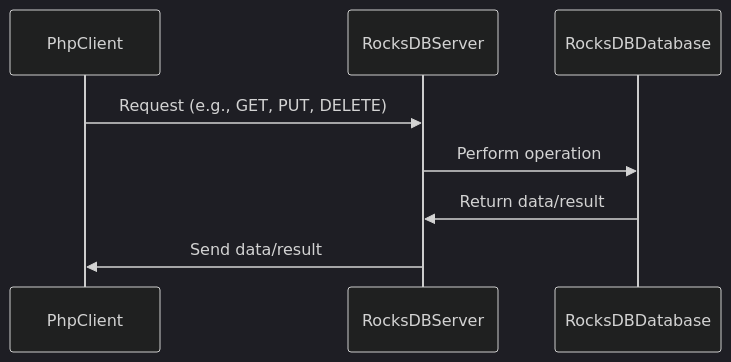
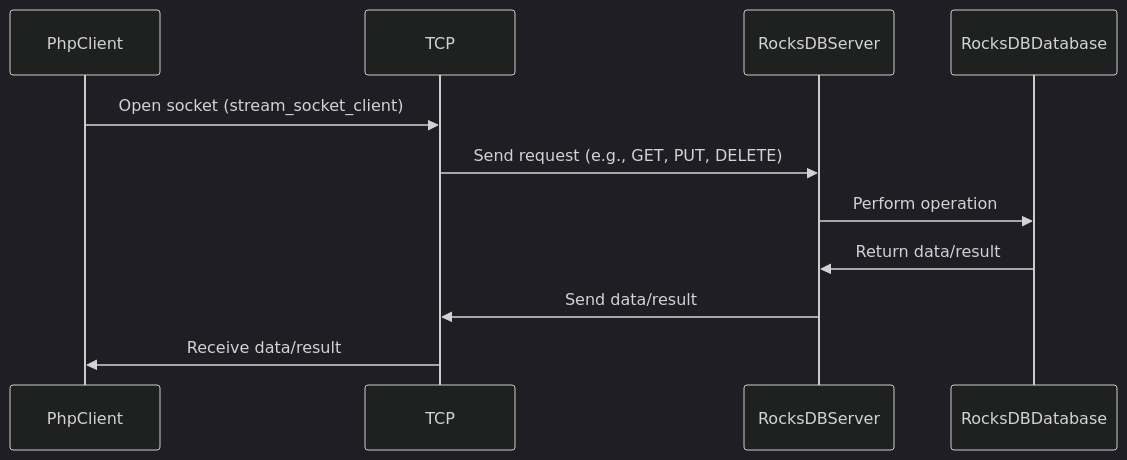
The diagram in README.md (s00d/rocksdb-client-php), drawn with Mermaid (dark theme) before and after one commit. The commit also changed other lines of this file, not shown here.

````diff
--- a/README.md
+++ b/README.md
@@ -26,12 +25,14 @@
 ```mermaid
 sequenceDiagram
     participant PhpClient
+    participant TCP
     participant RocksDBServer
     participant RocksDBDatabase
 
-    PhpClient->>RocksDBServer: Request (e.g., GET, PUT, DELETE)
+    PhpClient->>TCP: Open socket (stream_socket_client)
+    TCP->>RocksDBServer: Send request (e.g., GET, PUT, DELETE)
     RocksDBServer->>RocksDBDatabase: Perform operation
     RocksDBDatabase->>RocksDBServer: Return data/result
-    RocksDBServer->>PhpClient: Send data/result
-
+    RocksDBServer->>TCP: Send data/result
+    TCP->>PhpClient: Receive data/result
 ```
````
